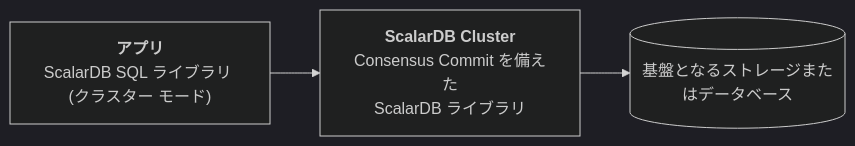
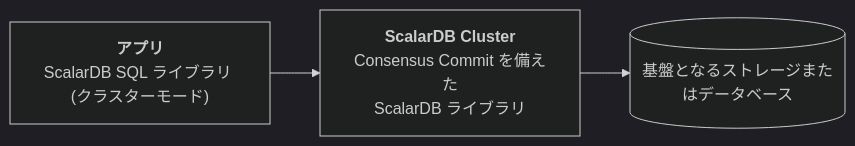
One commit to scalar-labs/docs-scalardl changed the third of 4 diagrams in i18n/versioned_docs/ja-jp/docusaurus-plugin-content-docs/current/scalar-kubernetes/ProductionChecklistForScalarDBCluster.mdx. Above: the diagram before and after it, drawn with Mermaid (dark theme). The commit also changed other lines of this file and 44 other files, not shown here.

````diff
--- a/i18n/versioned_docs/ja-jp/docusaurus-plugin-content-docs/current/scalar-kubernetes/ProductionChecklistForScalarDBCluster.mdx
+++ b/i18n/versioned_docs/ja-jp/docusaurus-plugin-content-docs/current/scalar-kubernetes/ProductionChecklistForScalarDBCluster.mdx
@@ -114,7 +115,7 @@
 ```mermaid
 flowchart LR
-  app["<b>アプリ</b><br />ScalarDB SQL ライブラリ (クラスター モード)"]
+  app["<b>アプリ</b><br />ScalarDB SQL ライブラリ (クラスターモード)"]
   server["<b>ScalarDB Cluster</b><br />Consensus Commit を備えた<br />ScalarDB ライブラリ"]
   db[(基盤となるストレージまたはデータベース)]
   app --> server --> db
 ```
````
